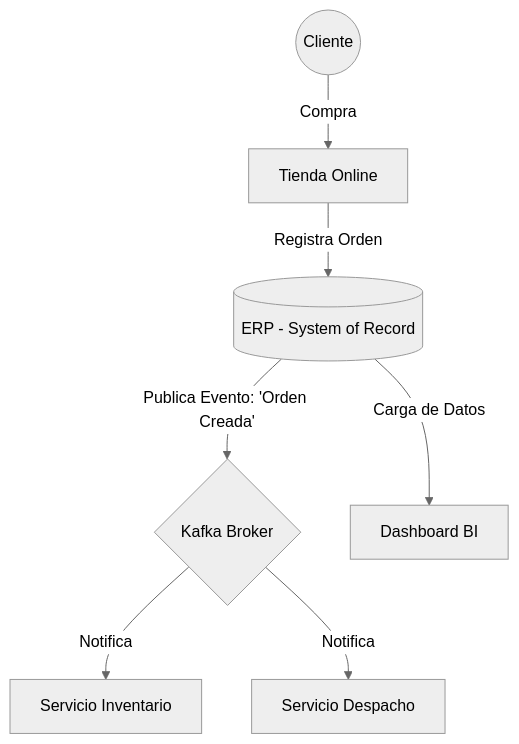
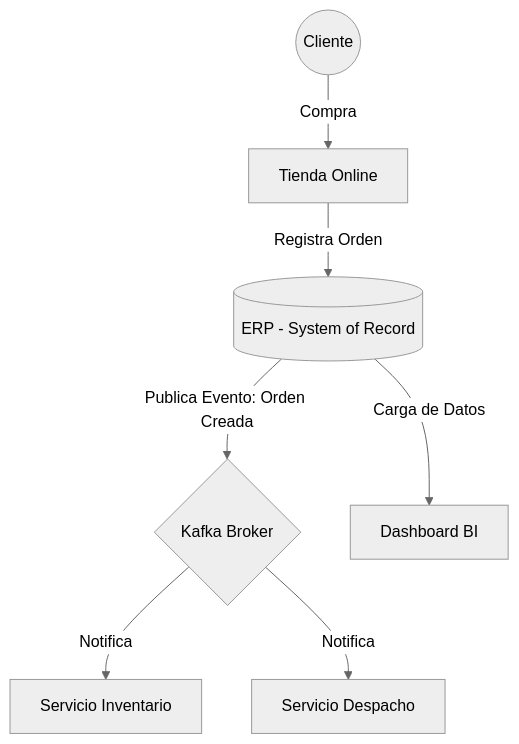
One commit to greyesf1-ops/tarea-brief-arquitec changed the diagram in docs/brief.md. Above: the diagram before and after it, drawn with Mermaid (neutral theme). The commit also changed other lines of this file, not shown here.

````diff
--- a/docs/brief.md
+++ b/docs/brief.md
@@ -8,10 +7,9 @@
 ```mermaid
 graph TD
     User((Cliente)) -->|Compra| Frontend[Tienda Online]
     Frontend -->|Registra Orden| SOR[(ERP - System of Record)]
-    SOR -->|Publica Evento: 'Orden Creada'| Broker{Kafka Broker}
+    SOR -->|Publica Evento: Orden Creada| Broker{Kafka Broker}
     Broker -->|Notifica| Inv[Servicio Inventario]
     Broker -->|Notifica| Ship[Servicio Despacho]
     SOR -->|Carga de Datos| BI[Dashboard BI]
-
 ```
````
